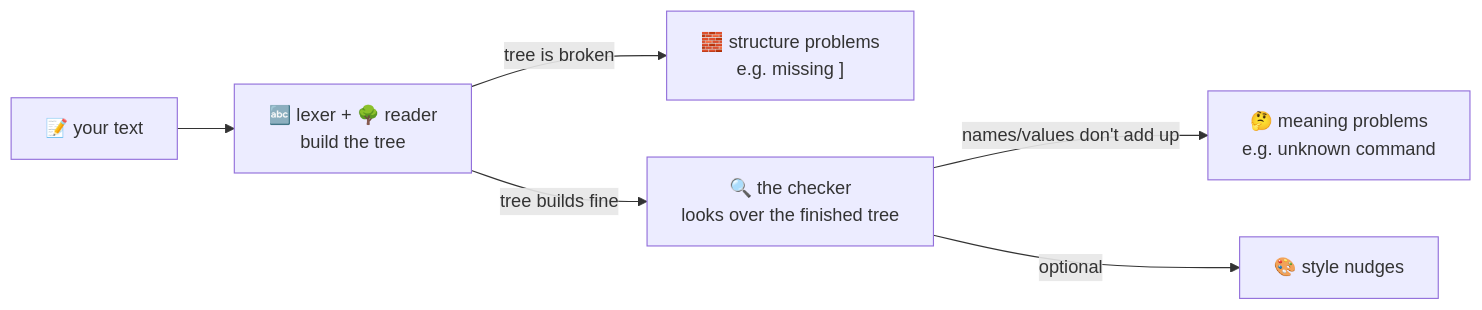
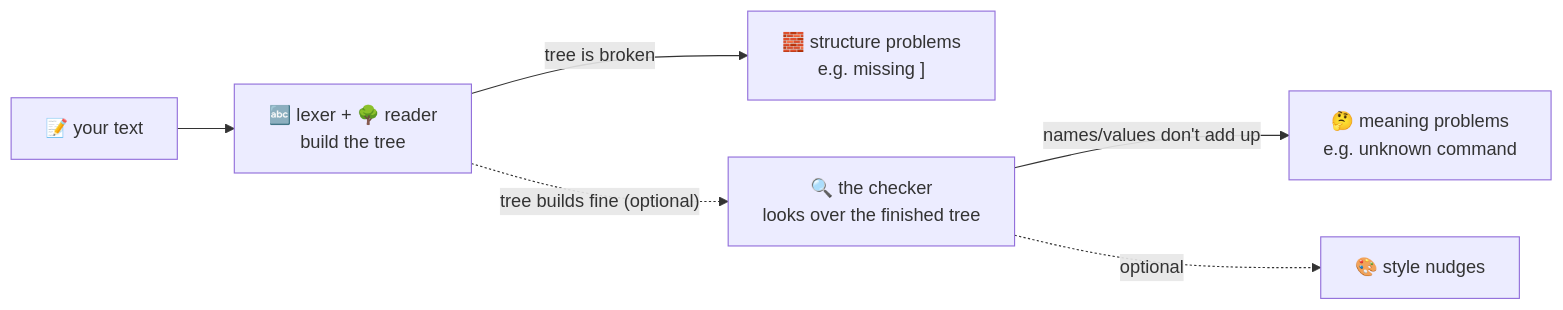
Before and after one commit to pmalarme/open-logo: the diagram in docs/learn-how-its-built/07-the-checker.md, drawn with Mermaid. The commit also changed other lines of this file and 1 other file, not shown here.

First line of the commit message:
docs(#226): fix checker parse-accuracy, edit-distance, and dashed-optional diagram

````diff
--- a/docs/learn-how-its-built/07-the-checker.md
+++ b/docs/learn-how-its-built/07-the-checker.md
@@ -12,8 +12,8 @@
 ```mermaid
 flowchart LR
   A["📝 your text"] --> B["🔤 lexer + 🌳 reader<br/>build the tree"]
   B -->|"tree is broken"| C["🧱 structure problems<br/>e.g. missing ]"]
-  B -->|"tree builds fine"| D["🔍 the checker<br/>looks over the finished tree"]
+  B -.->|"tree builds fine (optional)"| D["🔍 the checker<br/>looks over the finished tree"]
   D -->|"names/values don't add up"| E["🤔 meaning problems<br/>e.g. unknown command"]
-  D -->|"optional"| F["🎨 style nudges"]
+  D -.->|"optional"| F["🎨 style nudges"]
 ```
````
